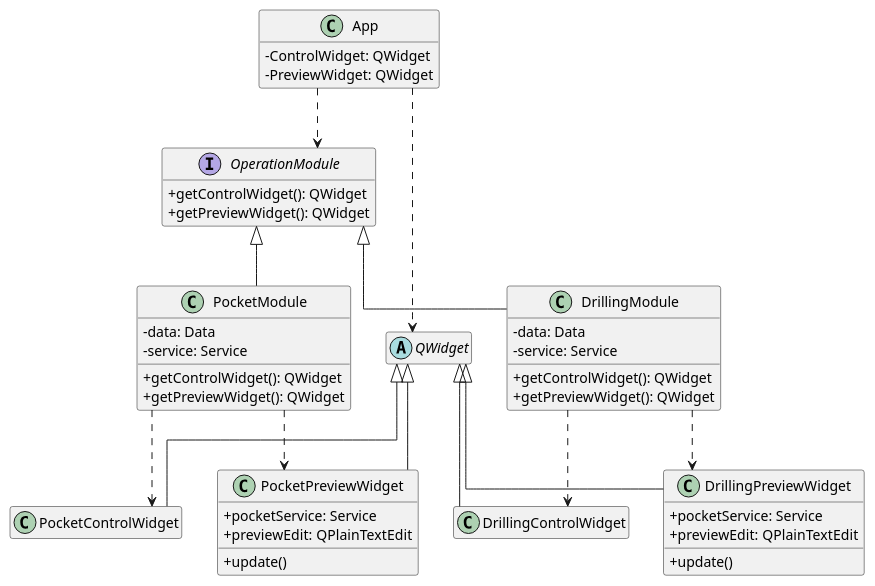
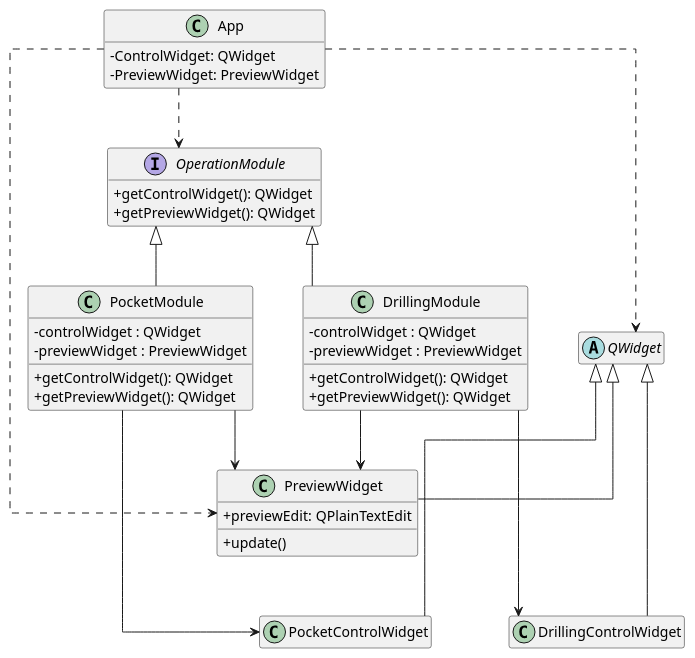
One commit to pharci/CNCPatterns changed the diagram in diagram.puml. Above: the diagram before and after it, drawn with PlantUML. The commit also changed 25 other files, not shown here.

Commit message:
refactor: split preview observers and extract common preview widget

```diff
--- a/diagram.puml
+++ b/diagram.puml
@@ -1,68 +1,72 @@
 @startuml
 top to bottom direction
 skinparam linetype ortho
 skinparam classAttributeIconSize 0
+skinparam nodesep 50
+skinparam ranksep 60
 hide empty members
 
 interface OperationModule {
     +getControlWidget(): QWidget
     +getPreviewWidget(): QWidget
 }
 
+class App {
+    -ControlWidget: QWidget
+    -PreviewWidget: PreviewWidget
+}
+
 class PocketModule {
-    -data: Data
-    -service: Service
+    -controlWidget : QWidget
+    -previewWidget : PreviewWidget
     +getControlWidget(): QWidget
     +getPreviewWidget(): QWidget
 }
 
 class DrillingModule {
-    -data: Data
-    -service: Service
+    -controlWidget : QWidget
+    -previewWidget : PreviewWidget
     +getControlWidget(): QWidget
     +getPreviewWidget(): QWidget
-}
-
-class App {
-    -ControlWidget: QWidget
-    -PreviewWidget: QWidget
 }
 
 abstract class QWidget {
 }
 
-class PocketPreviewWidget {
-    +pocketService: Service
-    +previewEdit: QPlainTextEdit
-    +update()
-}
-
-class DrillingPreviewWidget {
-    +pocketService: Service
+class PreviewWidget {
     +previewEdit: QPlainTextEdit
     +update()
 }
 
 class PocketControlWidget {
 }
 
 class DrillingControlWidget {
 }
 
 OperationModule <|-- PocketModule
 OperationModule <|-- DrillingModule
 App ..> OperationModule
 
-QWidget <|-- PocketPreviewWidget
 QWidget <|-- PocketControlWidget
-QWidget <|-- DrillingPreviewWidget
 QWidget <|-- DrillingControlWidget
+QWidget <|-- PreviewWidget
 
 App ..> QWidget
+App ..> PreviewWidget
 
-PocketModule ..> PocketPreviewWidget
-PocketModule ..> PocketControlWidget
-DrillingModule ..> DrillingPreviewWidget
-DrillingModule ..> DrillingControlWidget
+PocketModule --> PocketControlWidget
+PocketModule --> PreviewWidget
+DrillingModule --> DrillingControlWidget
+DrillingModule --> PreviewWidget
+
+App -[hidden]down-> OperationModule
+OperationModule -[hidden]down-> PocketModule
+PocketModule -[hidden]right-> DrillingModule
+
+OperationModule -[hidden]down-> QWidget
+QWidget -[hidden]down-> PreviewWidget
+PreviewWidget -[hidden]down-> PocketControlWidget
+PocketControlWidget -[hidden]right-> DrillingControlWidget
 
 @enduml
```
